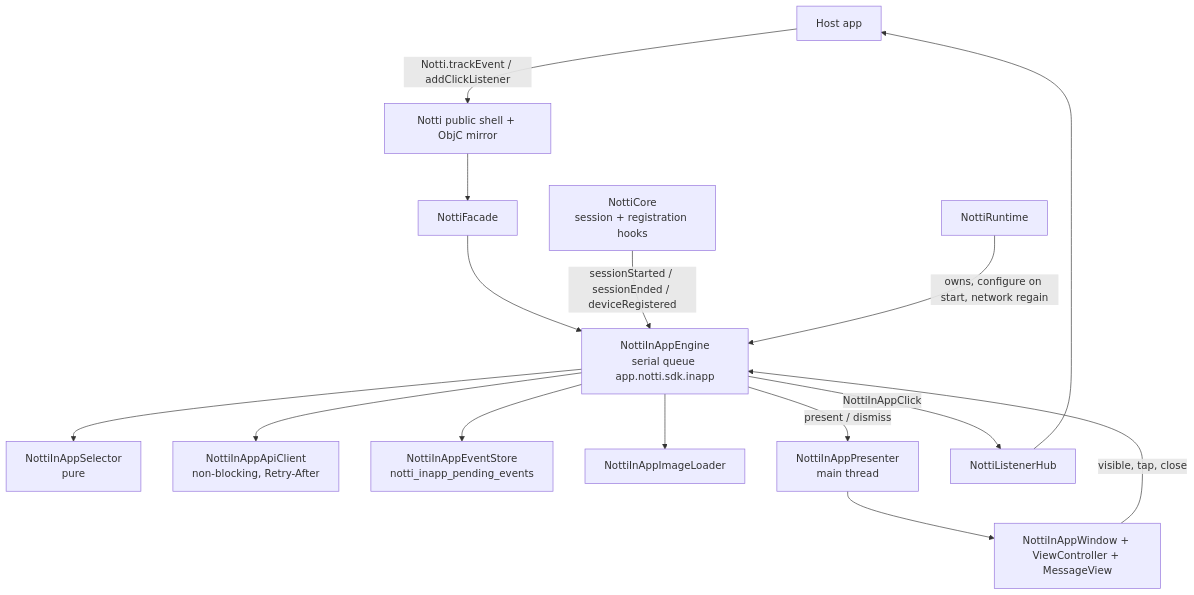
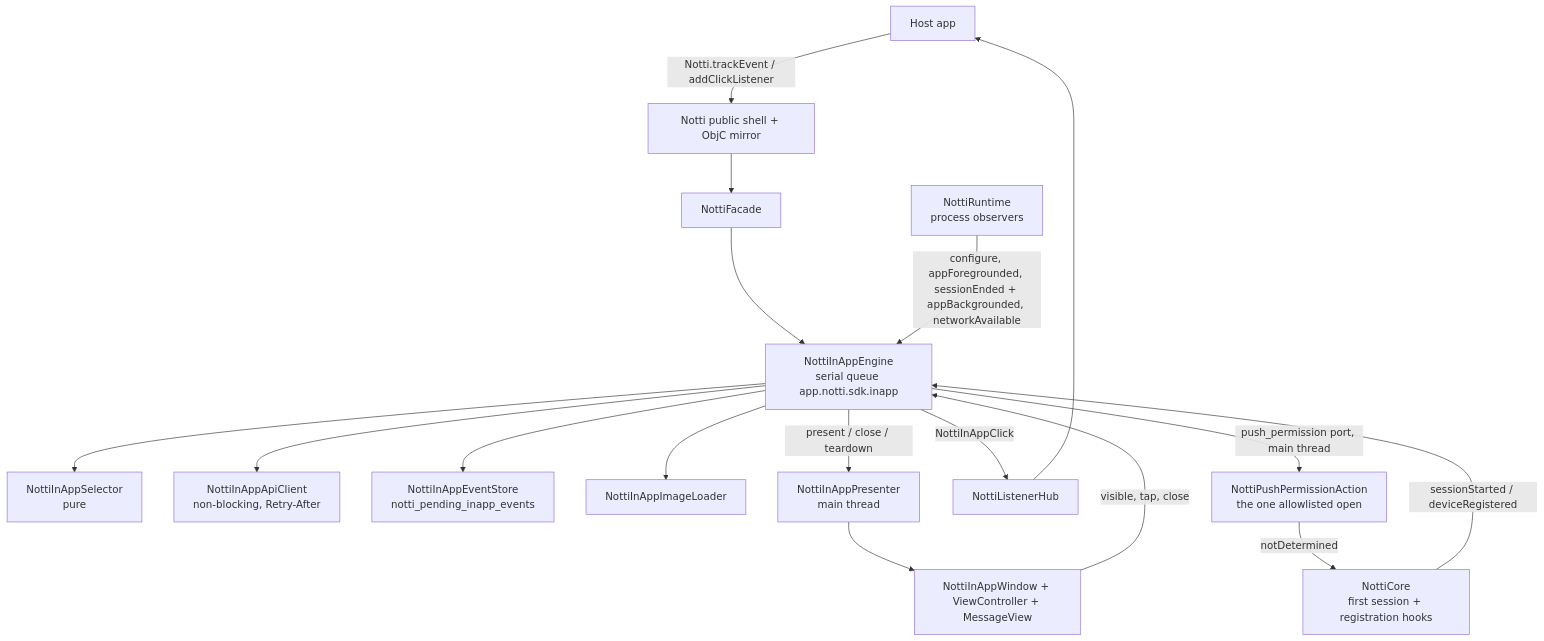
Before and after one commit to zeeplabs/zeep-notti-ios-sdk: the first of 2 diagrams in .specs/features/in-app-messages/design.md, drawn with Mermaid. The commit also changed other lines of this file and 2 other files, not shown here.

Commit message:
docs(specs): reconcile in-app-messages with react-native-notti 0.8.0 (AD-019)

````diff
--- a/.specs/features/in-app-messages/design.md
+++ b/.specs/features/in-app-messages/design.md
@@ -21,17 +23,19 @@
 ```mermaid
 graph TD
     Host[Host app] -->|Notti.trackEvent / addClickListener| Pub[Notti public shell + ObjC mirror]
     Pub --> Fac[NottiFacade]
     Fac --> Eng[NottiInAppEngine<br/>serial queue app.notti.sdk.inapp]
-    Core[NottiCore<br/>session + registration hooks] -->|sessionStarted / sessionEnded / deviceRegistered| Eng
-    RT[NottiRuntime] -->|owns, configure on start, network regain| Eng
+    Core[NottiCore<br/>first session + registration hooks] -->|sessionStarted / deviceRegistered| Eng
+    RT[NottiRuntime<br/>process observers] -->|configure, appForegrounded, sessionEnded + appBackgrounded, networkAvailable| Eng
     Eng --> Sel[NottiInAppSelector<br/>pure]
     Eng --> Api[NottiInAppApiClient<br/>non-blocking, Retry-After]
-    Eng --> Q[NottiInAppEventStore<br/>notti_inapp_pending_events]
+    Eng --> Q[NottiInAppEventStore<br/>notti_pending_inapp_events]
     Eng --> Img[NottiInAppImageLoader]
-    Eng -->|present / dismiss| Pres[NottiInAppPresenter<br/>main thread]
+    Eng -->|present / close / teardown| Pres[NottiInAppPresenter<br/>main thread]
     Pres --> Win[NottiInAppWindow + ViewController + MessageView]
     Win -->|visible, tap, close| Eng
     Eng -->|NottiInAppClick| Hub[NottiListenerHub]
     Hub --> Host
+    Eng -->|push_permission port, main thread| PPA[NottiPushPermissionAction<br/>the one allowlisted open]
+    PPA -->|notDetermined| Core
 ```
````
